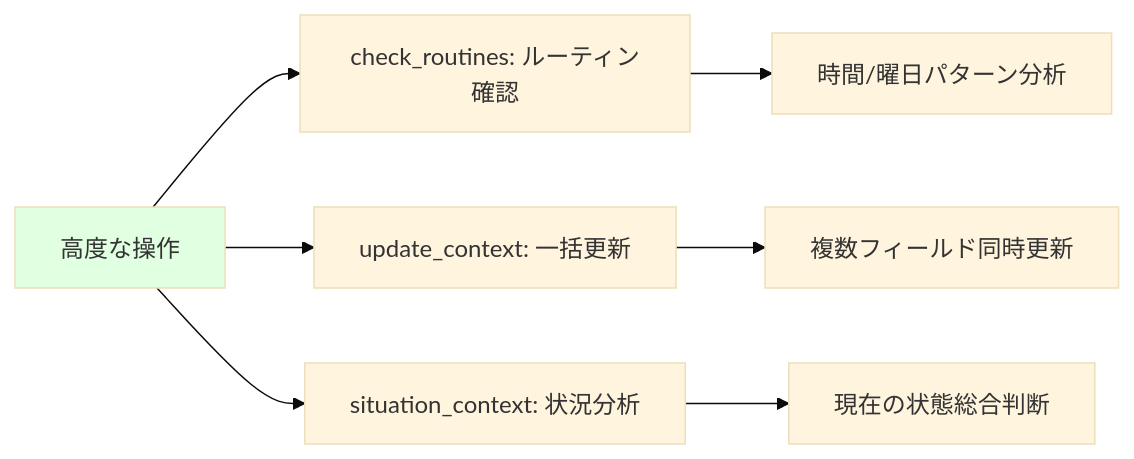
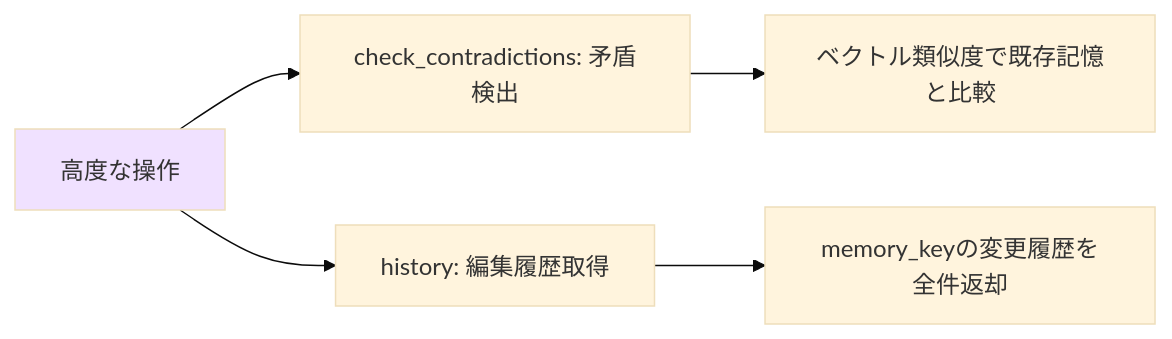
Before and after one commit to solidlime/MemoryMCP: the third of 5 diagrams in docs/memory_operation_flowchart.md, drawn with Mermaid (base theme). The commit also changed other lines of this file and 17 other files, not shown here.

````diff
--- a/docs/memory_operation_flowchart.md
+++ b/docs/memory_operation_flowchart.md
@@ -112,12 +85,10 @@
 ```mermaid
 flowchart LR
-    A[高度な操作] --> B[check_routines: ルーティン確認]
-    A --> C[update_context: 一括更新]
-    A --> D[situation_context: 状況分析]
-    
-    B --> B1[時間/曜日パターン分析]
-    C --> C1[複数フィールド同時更新]
-    D --> D1[現在の状態総合判断]
-    
-    style A fill:#e1ffe1
+    A[高度な操作] --> B[check_contradictions: 矛盾検出]
+    A --> C[history: 編集履歴取得]
+
+    B --> B1[ベクトル類似度で既存記憶と比較]
+    C --> C1[memory_keyの変更履歴を全件返却]
+
+    style A fill:#f0e1ff
 ```
````
